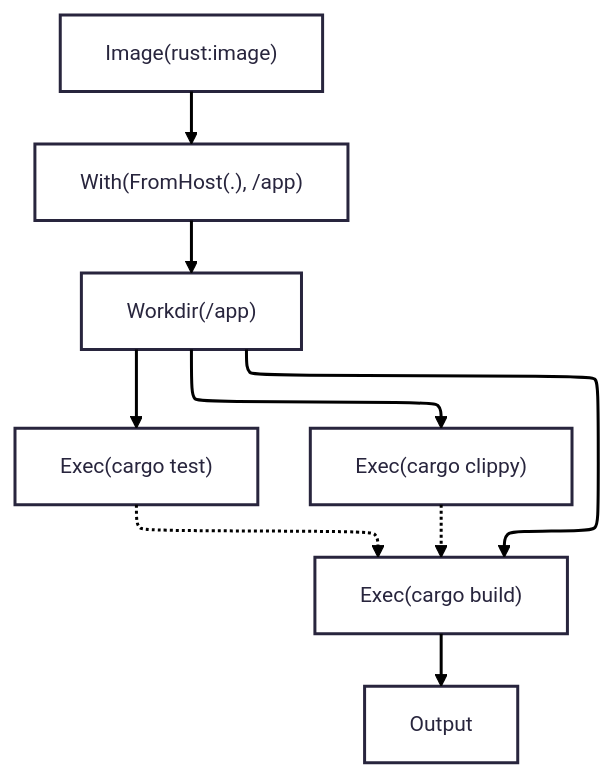
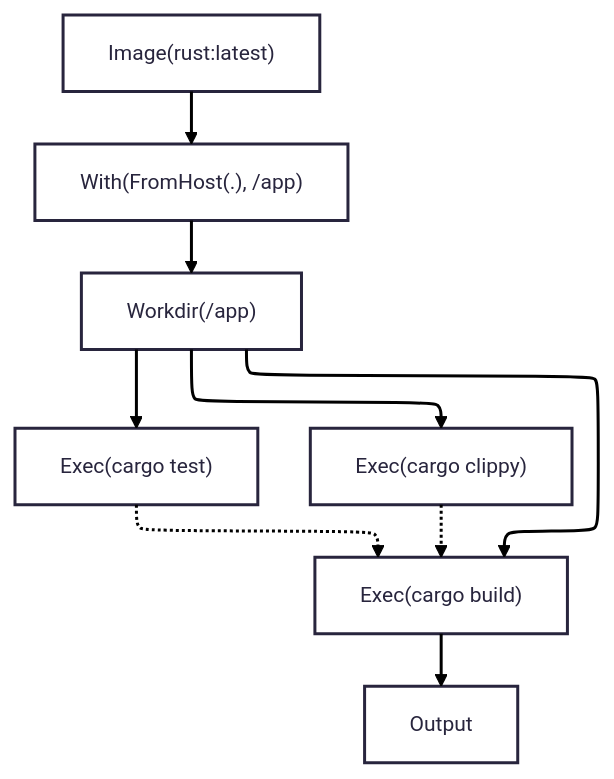
One commit to Serpent-Tools/serpentine changed the diagram in README.md. Above: the diagram before and after it, drawn with Mermaid. The commit also changed other lines of this file and 3 other files, not shown here.

````diff
--- a/README.md
+++ b/README.md
@@ -25,14 +25,14 @@
 ```mermaid
 ---
 config:
   theme: redux
   layout: elk
 ---
 flowchart TD
-    A["Image(rust:image)"] --> B["With(FromHost(.), /app)"]
+    A["Image(rust:latest)"] --> B["With(FromHost(.), /app)"]
     B --> C["Workdir(/app)"]
     C --> D["Exec(cargo test)"] & E["Exec(cargo clippy)"] & F["Exec(cargo build)"]
     D -.-> F
     E -.-> F
     F --> G["Output"]
 ```
````
